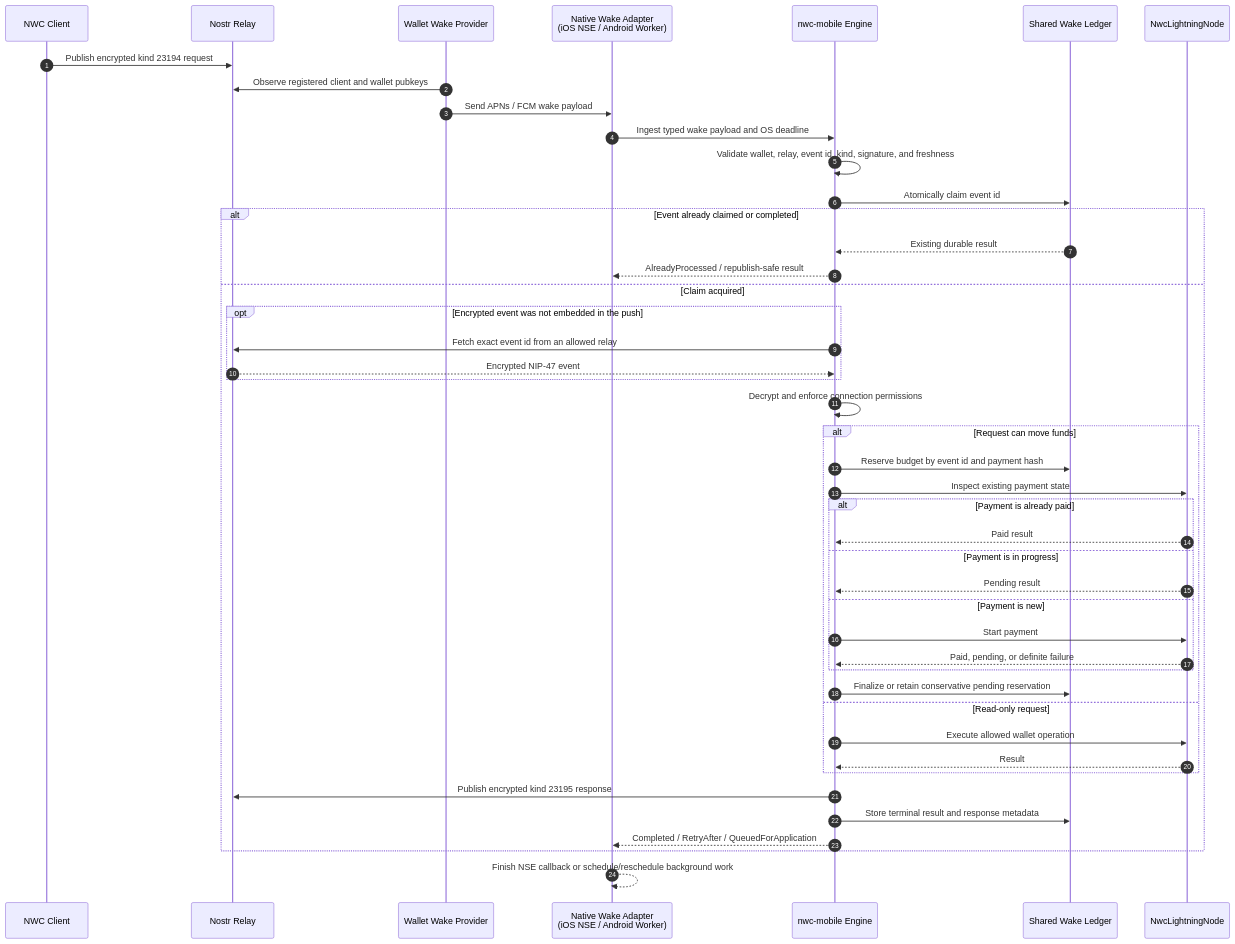
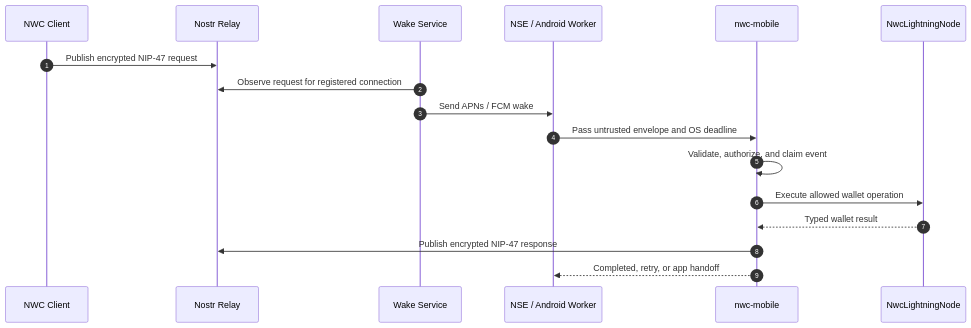
The diagram in README.md (ntheile/nwc-mobile), drawn with Mermaid before and after one commit. The commit also changed other lines of this file and 14 other files, not shown here.

Commit message:
docs: add nwc-mobile integration guide

````diff
--- a/README.md
+++ b/README.md
@@ -30,53 +48,20 @@
 ```mermaid
 sequenceDiagram
     autonumber
     participant C as NWC Client
     participant R as Nostr Relay
-    participant P as Wallet Wake Provider
-    participant N as Native Wake Adapter<br/>(iOS NSE / Android Worker)
-    participant E as nwc-mobile Engine
-    participant L as Shared Wake Ledger
+    participant P as Wake Service
+    participant N as NSE / Android Worker
+    participant M as nwc-mobile
     participant W as NwcLightningNode
 
-    C->>R: Publish encrypted kind 23194 request
-    P->>R: Observe registered client and wallet pubkeys
-    P->>N: Send APNs / FCM wake payload
-    N->>E: Ingest typed wake payload and OS deadline
-    E->>E: Validate wallet, relay, event id, kind, signature, and freshness
-    E->>L: Atomically claim event id
-
-    alt Event already claimed or completed
-        L-->>E: Existing durable result
-        E-->>N: AlreadyProcessed / republish-safe result
-    else Claim acquired
-        opt Encrypted event was not embedded in the push
-            E->>R: Fetch exact event id from an allowed relay
-            R-->>E: Encrypted NIP-47 event
-        end
-
-        E->>E: Decrypt and enforce connection permissions
-
-        alt Request can move funds
-            E->>L: Reserve budget by event id and payment hash
-            E->>W: Inspect existing payment state
-            alt Payment is already paid
-                W-->>E: Paid result
-            else Payment is in progress
-                W-->>E: Pending result
-            else Payment is new
-                E->>W: Start payment
-                W-->>E: Paid, pending, or definite failure
-            end
-            E->>L: Finalize or retain conservative pending reservation
-        else Read-only request
-            E->>W: Execute allowed wallet operation
-            W-->>E: Result
-        end
-
-        E->>R: Publish encrypted kind 23195 response
-        E->>L: Store terminal result and response metadata
-        E-->>N: Completed / RetryAfter / QueuedForApplication
-    end
-
-    N-->>N: Finish NSE callback or schedule/reschedule background work
+    C->>R: Publish encrypted NIP-47 request
+    P->>R: Observe request for registered connection
+    P->>N: Send APNs / FCM wake
+    N->>M: Pass untrusted envelope and OS deadline
+    M->>M: Validate, authorize, and claim event
+    M->>W: Execute allowed wallet operation
+    W-->>M: Typed wallet result
+    M->>R: Publish encrypted NIP-47 response
+    M-->>N: Completed, retry, or app handoff
 ```
````
